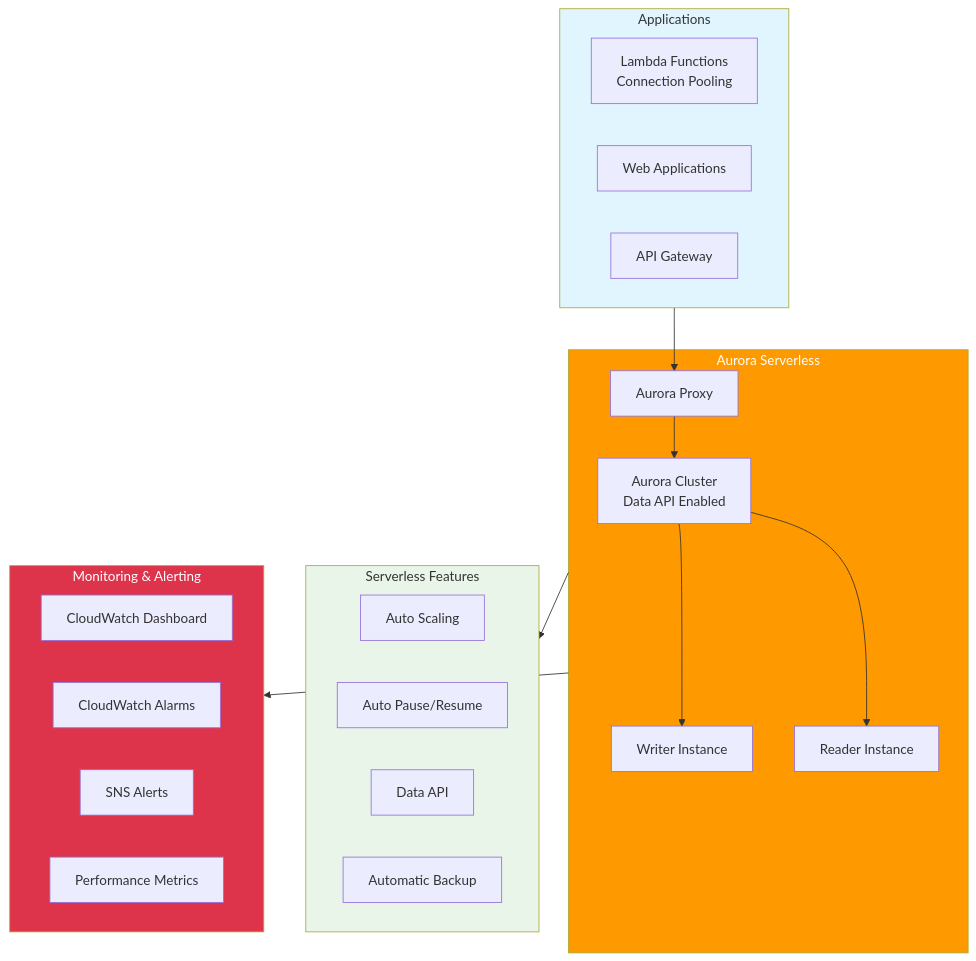
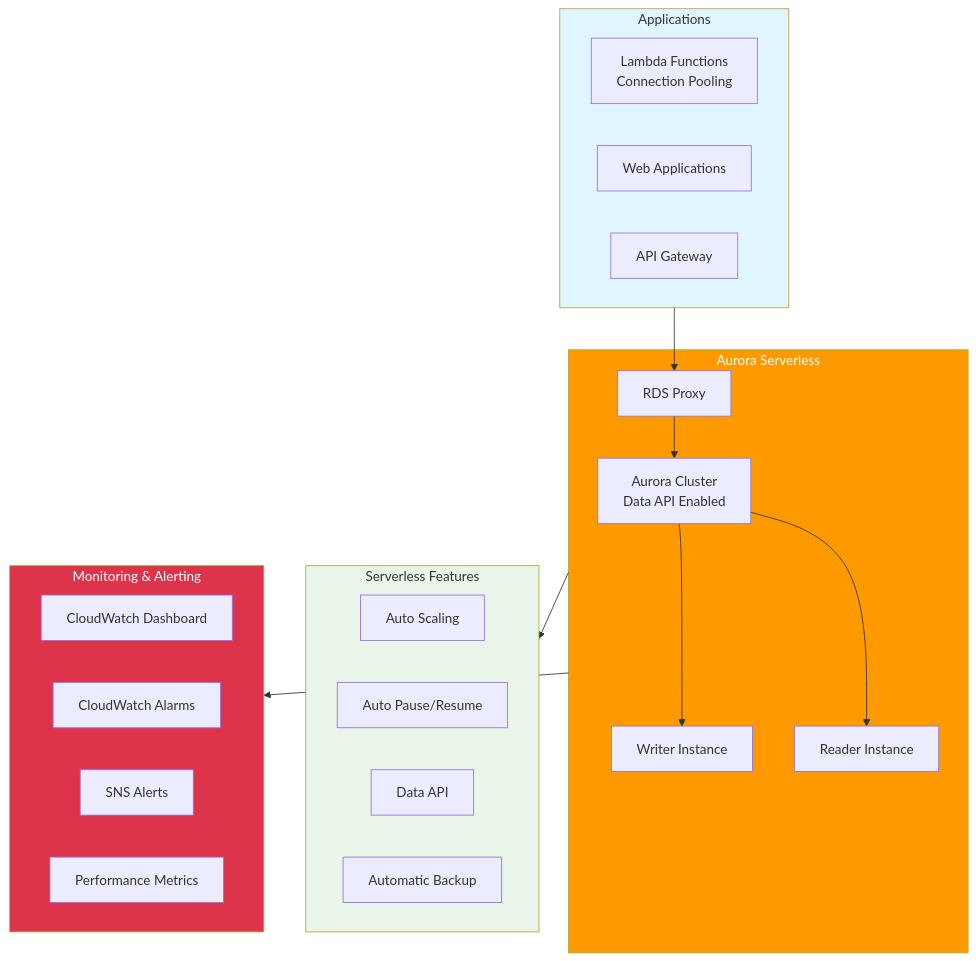
The diagram in docs/labs/lab_300_aurora_serverless/0_intro.md (superluminar-io/aws-modular-workshop), drawn with Mermaid before and after one commit. The commit also changed other lines of this file and 23 other files, not shown here.

````diff
--- a/docs/labs/lab_300_aurora_serverless/0_intro.md
+++ b/docs/labs/lab_300_aurora_serverless/0_intro.md
@@ -9,41 +9,41 @@
 ```mermaid
 flowchart TD
     subgraph Apps["Applications"]
         Lambda[Lambda Functions<br/>Connection Pooling]
         App[Web Applications]
         API[API Gateway]
     end
 
     subgraph Aurora["Aurora Serverless"]
         Cluster[Aurora Cluster<br/>Data API Enabled]
         Writer[Writer Instance]
         Reader[Reader Instance]
-        Proxy[Aurora Proxy]
+    Proxy[RDS Proxy]
     end
 
     subgraph Features["Serverless Features"]
         AutoScale[Auto Scaling]
         Pause[Auto Pause/Resume]
         DataAPI[Data API]
         Backup[Automatic Backup]
     end
 
     subgraph Monitoring["Monitoring & Alerting"]
         CW[CloudWatch Dashboard]
         Alarms[CloudWatch Alarms]
         SNS[SNS Alerts]
         Metrics[Performance Metrics]
     end
 
     Apps --> Proxy
     Proxy --> Cluster
     Cluster --> Writer
     Cluster --> Reader
     Aurora --> Features
     Aurora --> Monitoring
 
     style Apps fill:#e1f5fe
     style Aurora fill:#ff9900,color:#fff
     style Features fill:#e8f5e8
     style Monitoring fill:#dd344c,color:#fff
 ```
````
